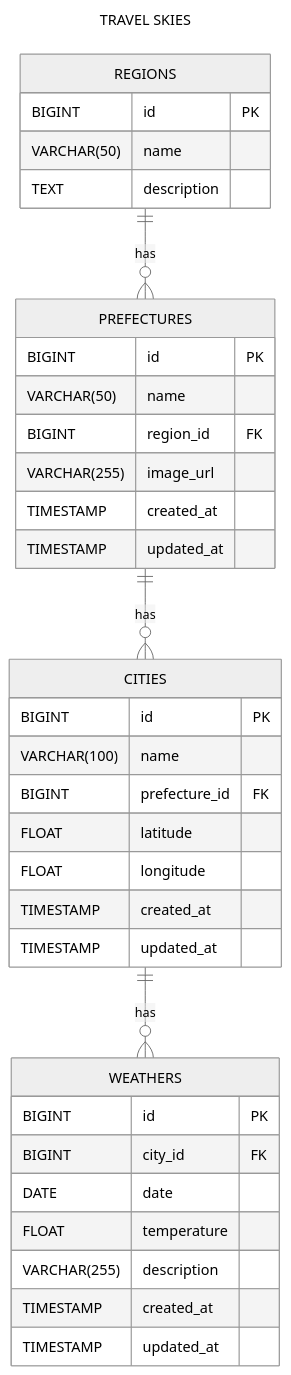
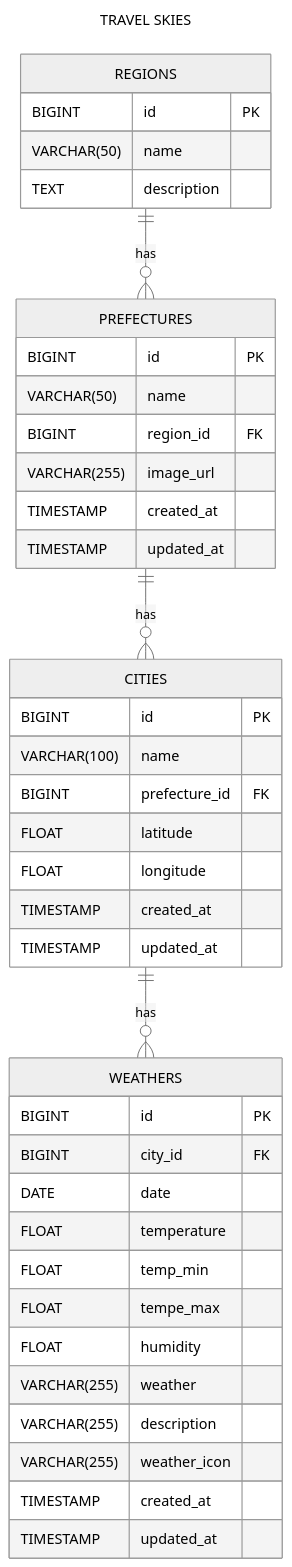
One commit to shihoin2/TRAVEL-SKIES changed the diagram in README.md. Above: the diagram before and after it, drawn with Mermaid (neutral theme). The commit also changed 23 other files, not shown here.

````diff
--- a/README.md
+++ b/README.md
@@ -5,46 +5,51 @@
 ```mermaid
 ---
 title: "TRAVEL SKIES"
 ---
 erDiagram
     REGIONS {
         BIGINT id PK
         VARCHAR(50) name
         TEXT description
     }
 
     PREFECTURES {
         BIGINT id PK
         VARCHAR(50) name
         BIGINT region_id FK
         VARCHAR(255) image_url
         TIMESTAMP created_at
         TIMESTAMP updated_at
     }
 
     CITIES {
         BIGINT id PK
         VARCHAR(100) name
         BIGINT prefecture_id FK
         FLOAT latitude
         FLOAT longitude
         TIMESTAMP created_at
         TIMESTAMP updated_at
     }
 
     WEATHERS {
         BIGINT id PK
         BIGINT city_id FK
         DATE date
         FLOAT temperature
+        FLOAT temp_min
+        FLOAT tempe_max
+        FLOAT humidity
+        VARCHAR(255) weather
         VARCHAR(255) description
+        VARCHAR(255) weather_icon
         TIMESTAMP created_at
         TIMESTAMP updated_at
     }
 
     REGIONS ||--o{ PREFECTURES : "has"
     PREFECTURES ||--o{ CITIES : "has"
     CITIES ||--o{ WEATHERS : "has"
 
 
 ```
````
